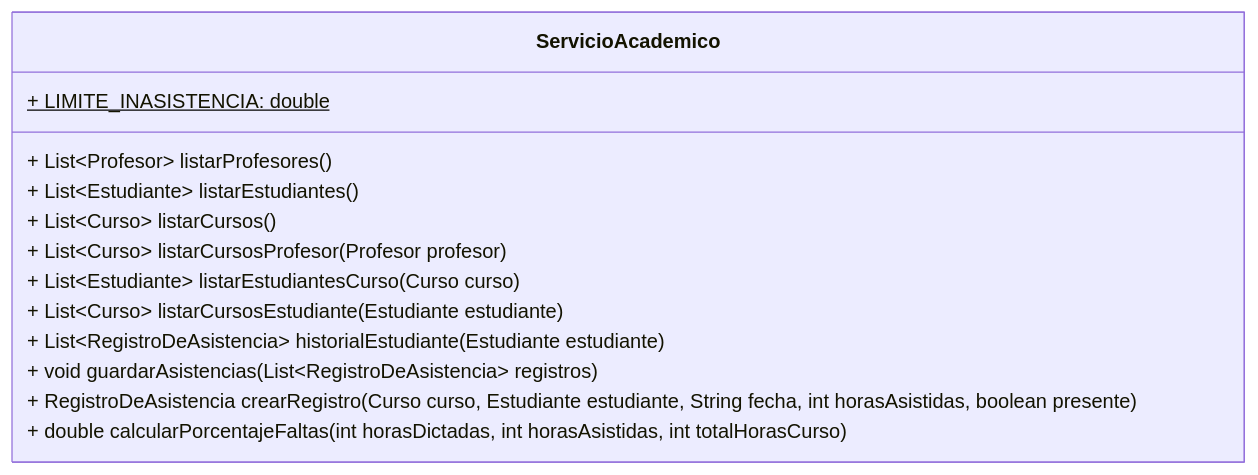
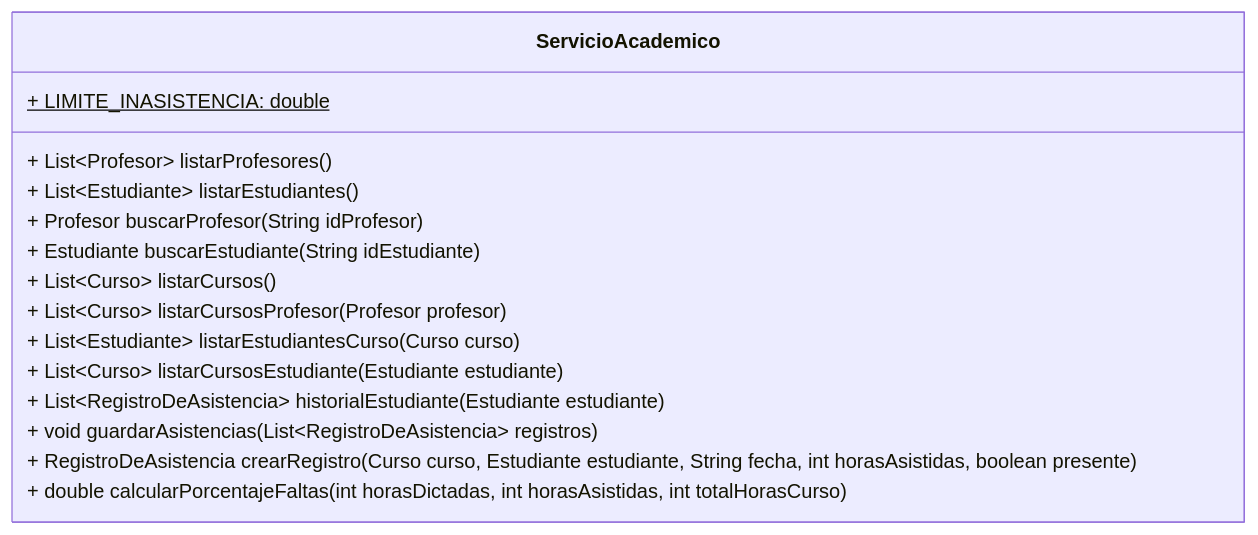
The diagram in docs/service/ServicioAcademico.mmd (Aireck2/take-attendance-java), drawn with Mermaid before and after one commit. The commit also changed 13 other files, not shown here.

First line of the commit message:
docs(auth): document roles, login flow and demo credentials

```diff
--- a/docs/service/ServicioAcademico.mmd
+++ b/docs/service/ServicioAcademico.mmd
@@ -1,14 +1,16 @@
 classDiagram
     class ServicioAcademico {
         + LIMITE_INASISTENCIA: double$
         + List~Profesor~ listarProfesores()
         + List~Estudiante~ listarEstudiantes()
+        + Profesor buscarProfesor(String idProfesor)
+        + Estudiante buscarEstudiante(String idEstudiante)
         + List~Curso~ listarCursos()
         + List~Curso~ listarCursosProfesor(Profesor profesor)
         + List~Estudiante~ listarEstudiantesCurso(Curso curso)
         + List~Curso~ listarCursosEstudiante(Estudiante estudiante)
         + List~RegistroDeAsistencia~ historialEstudiante(Estudiante estudiante)
         + void guardarAsistencias(List~RegistroDeAsistencia~ registros)
         + RegistroDeAsistencia crearRegistro(Curso curso, Estudiante estudiante, String fecha, int horasAsistidas, boolean presente)
         + double calcularPorcentajeFaltas(int horasDictadas, int horasAsistidas, int totalHorasCurso)
     }
```
